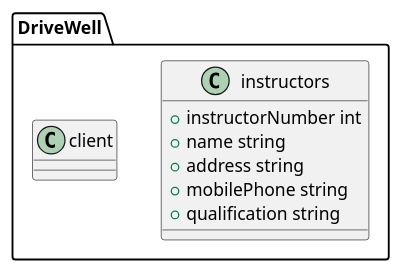
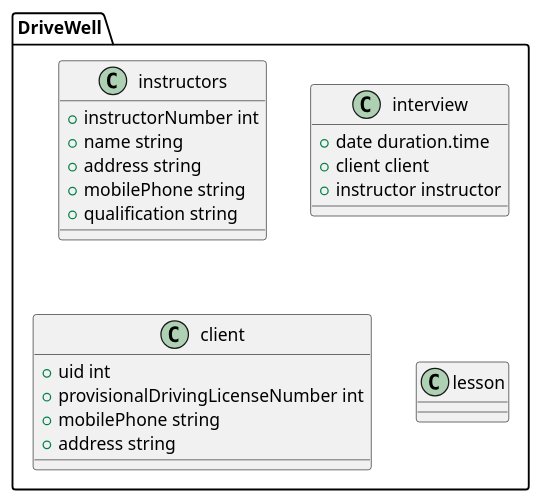
Before and after one commit to Anxiu0101/Semester4LectureNotes: the second of 2 diagrams in CS335FZ-Software-Engineering-Software-Process/FinalExam/SUMMER 2019 EXAMINATION.md, drawn with PlantUML.

Commit message:
vault backup: 2022-06-21 14:14:22

````diff
--- a/CS335FZ-Software-Engineering-Software-Process/FinalExam/SUMMER 2019 EXAMINATION.md
+++ b/CS335FZ-Software-Engineering-Software-Process/FinalExam/SUMMER 2019 EXAMINATION.md
@@ -37,15 +37,28 @@
 ```puml
 package DriveWell {
 	class instructors {
 		+ instructorNumber int
 		+ name string
 		+ address string
 		+ mobilePhone string
 		+ qualification string
 	}
 	
+	class interview {
+		+ date duration.time
+		+ client client
+		+ instructor instructor
+	}
+	
 	class client {
+		+ uid int
+		+ provisionalDrivingLicenseNumber int
+		+ mobilePhone string
+		+ address string
+	}
+	
+	class lesson {
 		
 	}
 }
 ```
````
